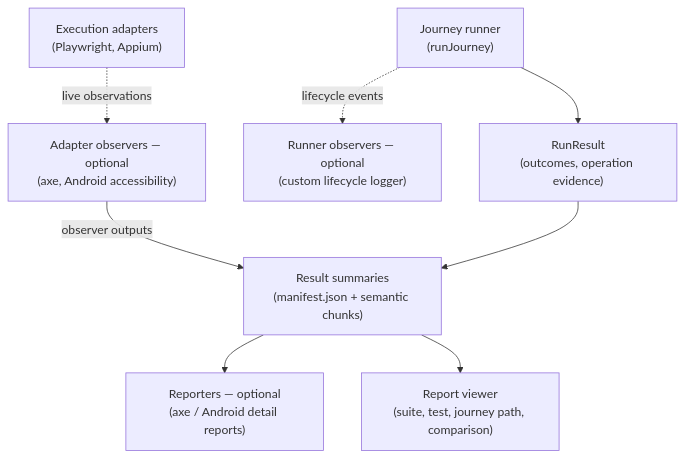
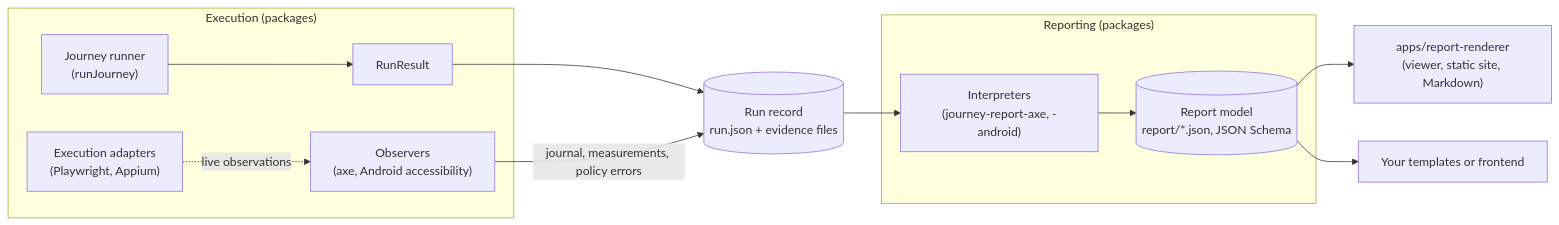
Before and after one commit to openuji/journey-mesh: the fifth of 6 diagrams in README.md, drawn with Mermaid. The commit also changed other lines of this file and 208 other files, not shown here.

````diff
--- a/README.md
+++ b/README.md
@@ -139,10 +144,15 @@
 ```mermaid
-flowchart TB
-  runner["Journey runner<br/>(runJourney)"] --> result["RunResult<br/>(outcomes, operation evidence)"]
-  runner -.->|lifecycle events| lifecycle["Runner observers — optional<br/>(custom lifecycle logger)"]
-  adapters["Execution adapters<br/>(Playwright, Appium)"] -.->|live observations| capture["Adapter observers — optional<br/>(axe, Android accessibility)"]
-  capture -->|observer outputs| bundle["Result summaries<br/>(manifest.json + semantic chunks)"]
-  result --> bundle
-  bundle --> reporters["Reporters — optional<br/>(axe / Android detail reports)"]
-  bundle --> viewer["Report viewer<br/>(suite, test, journey path, comparison)"]
+flowchart LR
+  subgraph execution["Execution (packages)"]
+    runner["Journey runner<br/>(runJourney)"] --> result["RunResult"]
+    adapters["Execution adapters<br/>(Playwright, Appium)"] -.->|live observations| capture["Observers<br/>(axe, Android accessibility)"]
+  end
+  result --> record[("Run record<br/>run.json + evidence files")]
+  capture -->|journal, measurements, policy errors| record
+  subgraph reporting["Reporting (packages)"]
+    interpreters["Interpreters<br/>(journey-report-axe, -android)"] --> model[("Report model<br/>report/*.json, JSON Schema")]
+  end
+  record --> interpreters
+  model --> viewer["apps/report-renderer<br/>(viewer, static site, Markdown)"]
+  model --> templates["Your templates or frontend"]
 ```
````
